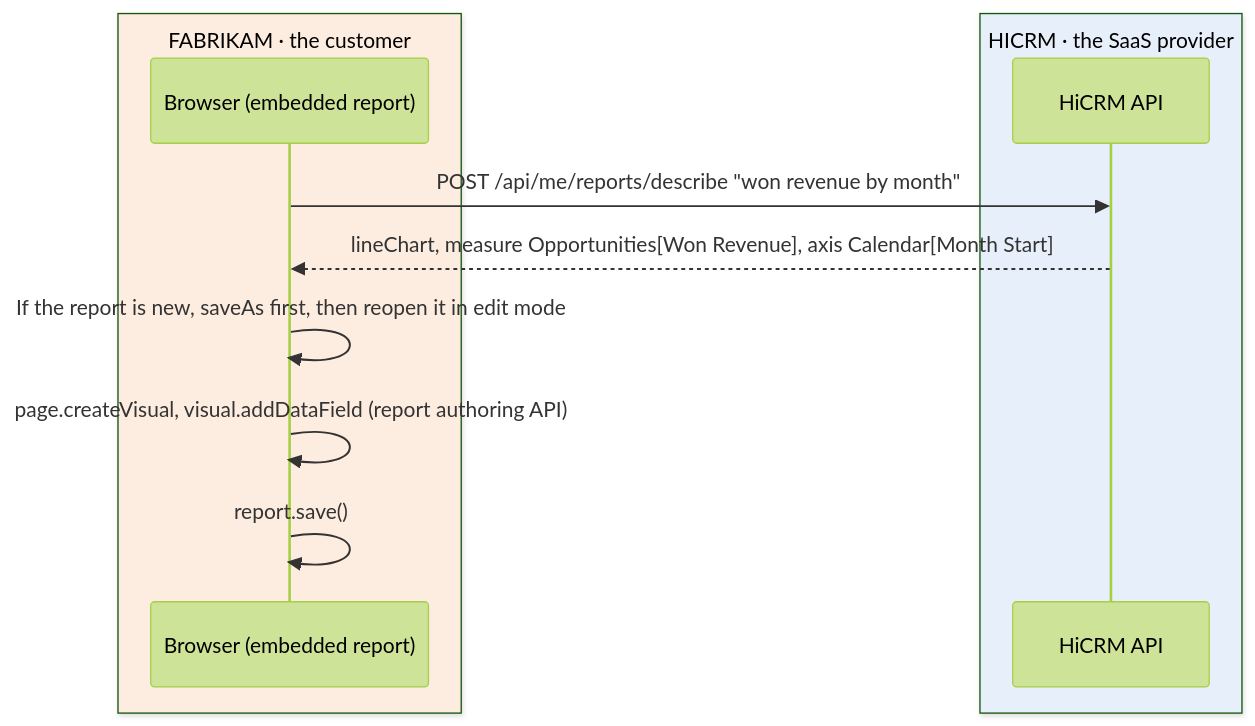
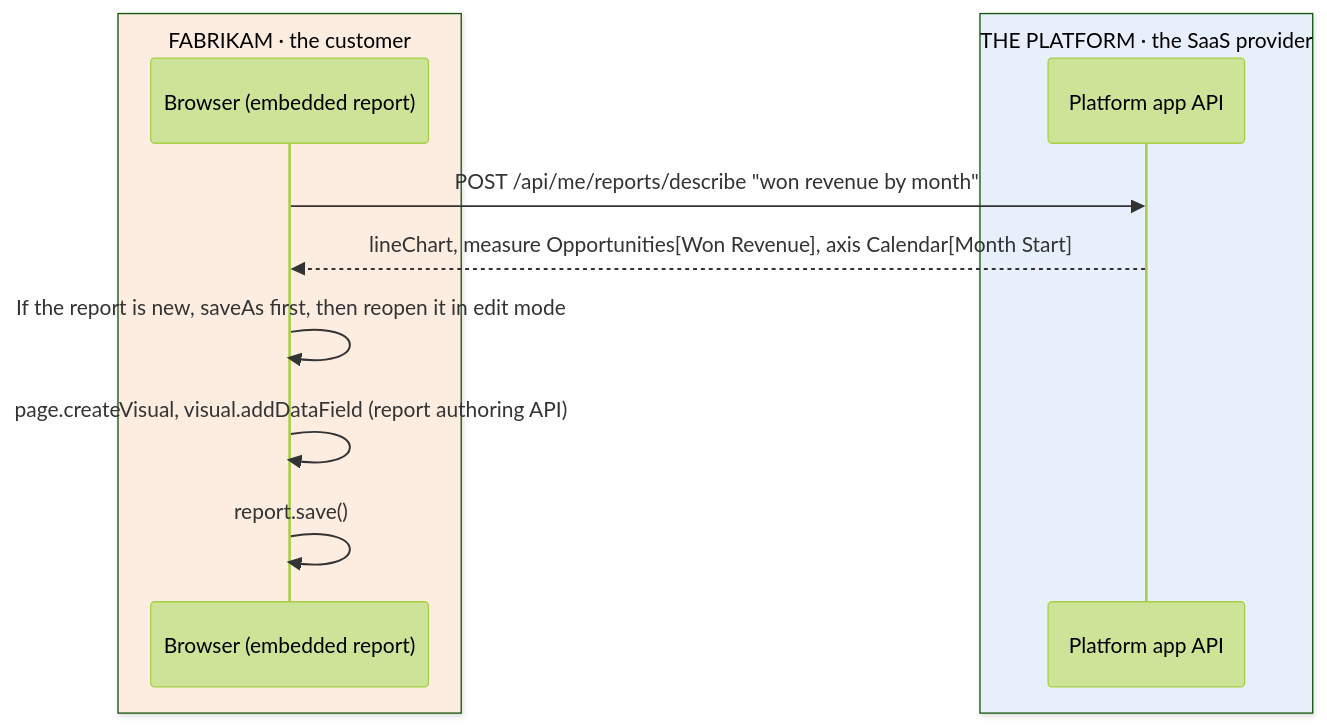
Before and after one commit to apkola29/fabric: the sixth of 7 diagrams in saas-platform/ARCHITECTURE.md, drawn with Mermaid (forest theme). The commit also changed other lines of this file and 72 other files, not shown here.

First line of the commit message:
saas-platform: rename HiCRM to the platform app; official Fabric icons

````diff
--- a/saas-platform/ARCHITECTURE.md
+++ b/saas-platform/ARCHITECTURE.md
@@ -384,15 +385,15 @@
 ```mermaid
 sequenceDiagram
   box rgb(253,236,224) FABRIKAM · the customer
     participant B as Browser (embedded report)
   end
-  box rgb(231,240,250) HICRM · the SaaS provider
-    participant A as HiCRM API
+  box rgb(231,240,250) THE PLATFORM · the SaaS provider
+    participant A as Platform app API
   end
 
   B->>A: POST /api/me/reports/describe "won revenue by month"
   A-->>B: lineChart, measure Opportunities[Won Revenue], axis Calendar[Month Start]
   B->>B: If the report is new, saveAs first, then reopen it in edit mode
   B->>B: page.createVisual, visual.addDataField (report authoring API)
   B->>B: report.save()
 ```
````
